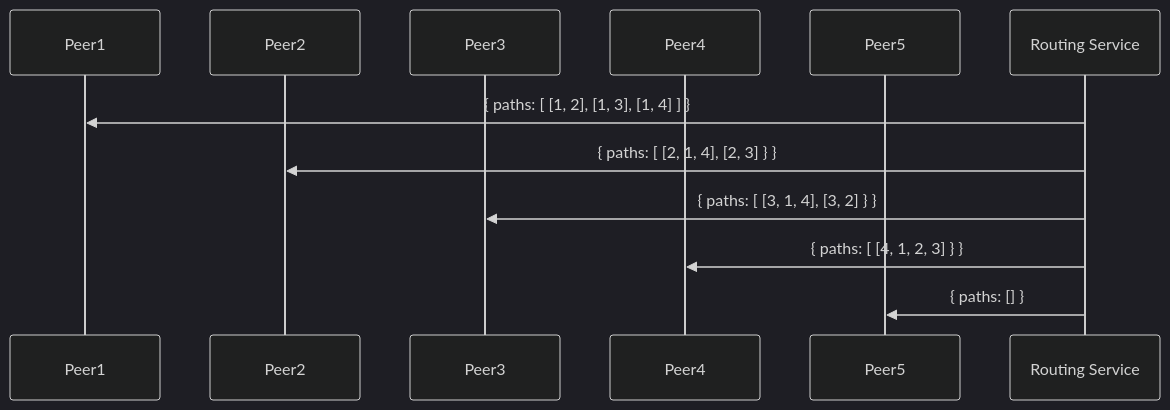
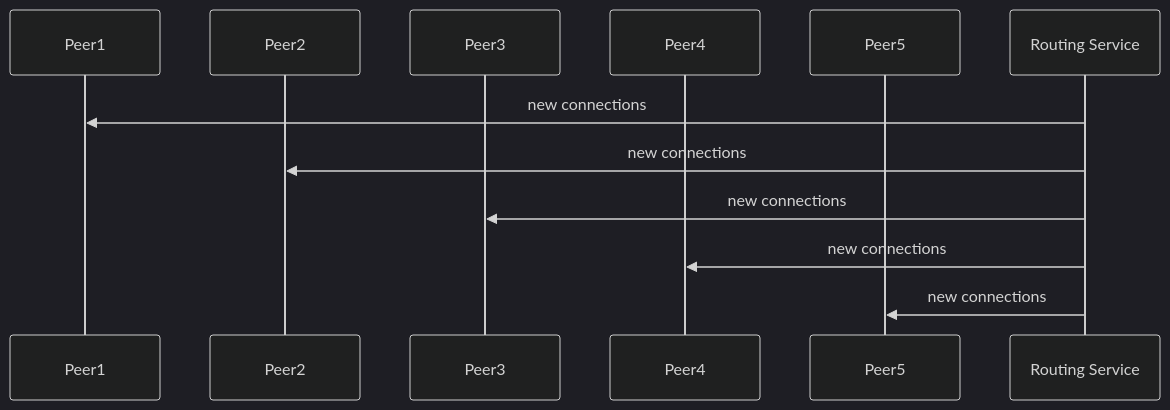
The fourth of 13 diagrams in RFC/RFC-16-p2p-adapter-local-routes.md (decentraland/adr), drawn with Mermaid (dark theme) before and after one commit. The commit also changed other lines of this file, not shown here.

````diff
--- a/RFC/RFC-16-p2p-adapter-local-routes.md
+++ b/RFC/RFC-16-p2p-adapter-local-routes.md
@@ -109,15 +116,15 @@
 ```mermaid
 sequenceDiagram
     participant Peer1
     participant Peer2
     participant Peer3
     participant Peer4
     participant Peer5
     participant RS as Routing Service
 
-    RS->>Peer1: { paths: [ [1, 2], [1, 3], [1, 4] ] }
-    RS->>Peer2: { paths: [ [2, 1, 4], [2, 3] } }
-    RS->>Peer3: { paths: [ [3, 1, 4], [3, 2] } }
-    RS->>Peer4: { paths: [ [4, 1, 2, 3] } }
-    RS->>Peer5: { paths: [] }
+    RS->>Peer1: new connections
+    RS->>Peer2: new connections
+    RS->>Peer3: new connections
+    RS->>Peer4: new connections
+    RS->>Peer5: new connections
 ```
````
